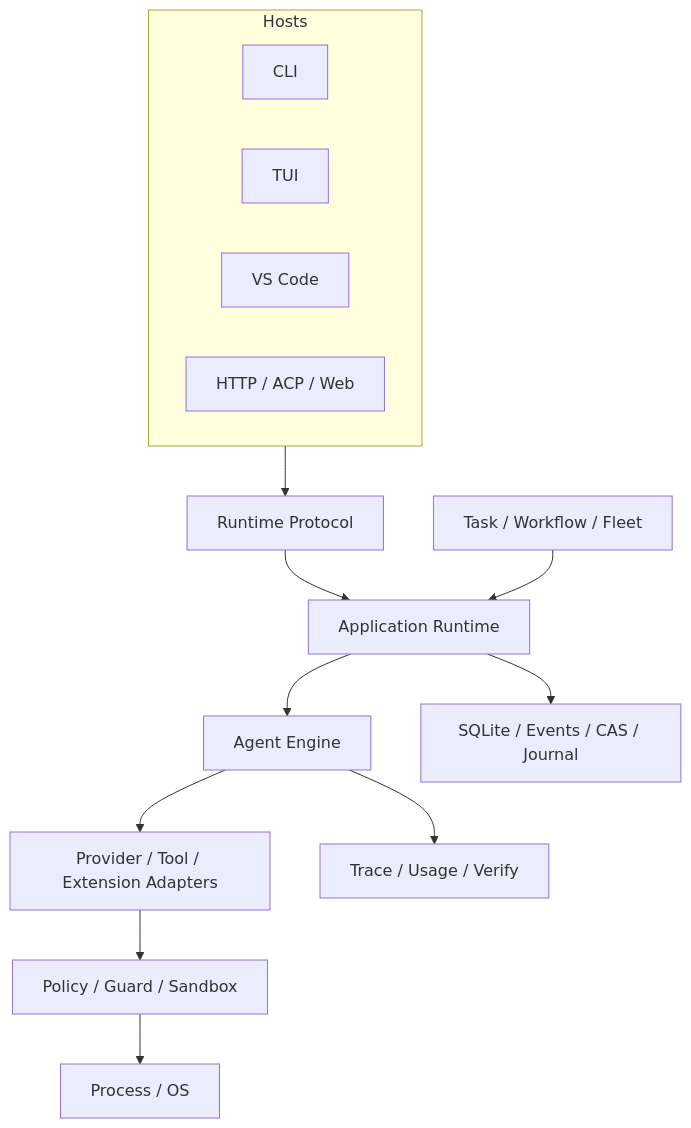
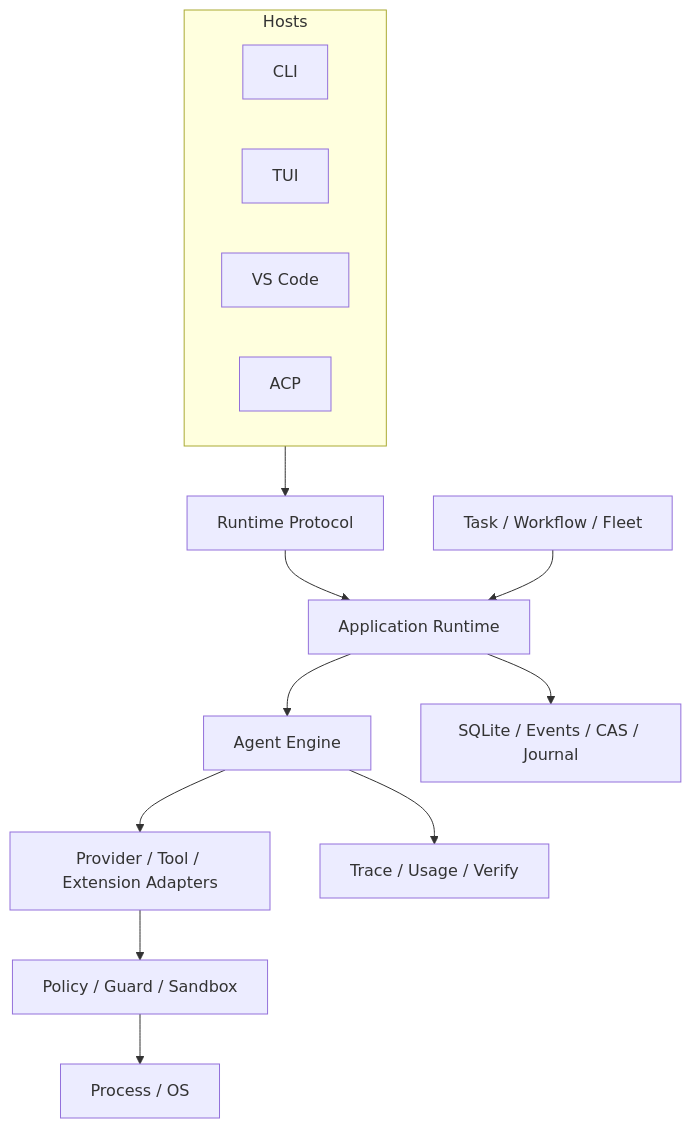
The diagram in docs/book/en/02-codehelper-overview/02-system-architecture.md (fwtllh-png/CodeHelper), drawn with Mermaid before and after one commit. The commit also changed other lines of this file and 73 other files, not shown here.

Commit message:
refactor: remove web and http hosts

````diff
--- a/docs/book/en/02-codehelper-overview/02-system-architecture.md
+++ b/docs/book/en/02-codehelper-overview/02-system-architecture.md
@@ -81,25 +81,25 @@
 ```mermaid
 flowchart TB
     subgraph Hosts
       CLI
       TUI
       VSC[VS Code]
-      API[HTTP / ACP / Web]
+      API[ACP]
     end
     P[Runtime Protocol]
     APP[Application Runtime]
     ENG[Agent Engine]
     ADP[Provider / Tool / Extension Adapters]
     SEC[Policy / Guard / Sandbox]
     ORC[Task / Workflow / Fleet]
     PER[SQLite / Events / CAS / Journal]
     OBS[Trace / Usage / Verify]
     PLT[Process / OS]
 
     Hosts --> P --> APP --> ENG
     ENG --> ADP
     ADP --> SEC --> PLT
     APP --> PER
     ENG --> OBS
     ORC --> APP
 ```
````
